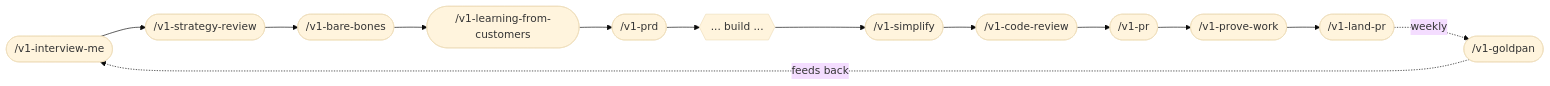
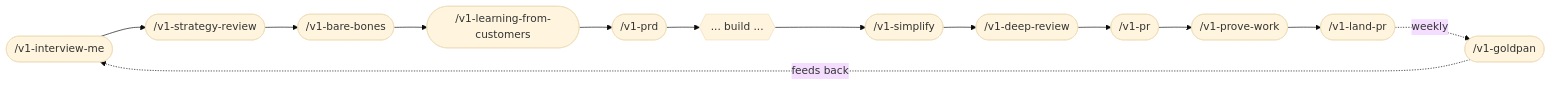
One commit to v1-io/v1tamins changed the second of 6 diagrams in README.md. Above: the diagram before and after it, drawn with Mermaid (base theme). The commit also changed other lines of this file and 15 other files, not shown here.

First line of the commit message:
Fold v1-code-review into v1-deep-review as the single review skill

````diff
--- a/README.md
+++ b/README.md
@@ -290,26 +288,26 @@
 ```mermaid
 flowchart LR
   A([/v1-interview-me]) --> B([/v1-strategy-review])
   B --> C([/v1-bare-bones])
   C --> D([/v1-learning-from-customers])
   D --> E([/v1-prd])
   E --> F{{... build ...}}
   F --> G([/v1-simplify])
-  G --> H([/v1-code-review])
+  G --> H([/v1-deep-review])
   H --> I([/v1-pr])
   I --> J([/v1-prove-work])
   J --> K([/v1-land-pr])
   K -.weekly.-> L([/v1-goldpan])
   L -.feeds back.-> A
   click A href "./plugins/v1tamins/skills/v1-interview-me/SKILL.md"
   click B href "./plugins/v1tamins/skills/v1-strategy-review/SKILL.md"
   click C href "./plugins/v1tamins/skills/v1-bare-bones/SKILL.md"
   click D href "./plugins/v1tamins/skills/v1-learning-from-customers/SKILL.md"
   click E href "./plugins/v1tamins/skills/v1-prd/SKILL.md"
   click G href "./plugins/v1tamins/skills/v1-simplify/SKILL.md"
-  click H href "./plugins/v1tamins/skills/v1-code-review/SKILL.md"
+  click H href "./plugins/v1tamins/skills/v1-deep-review/SKILL.md"
   click I href "./plugins/v1tamins/skills/v1-pr/SKILL.md"
   click J href "./plugins/v1tamins/skills/v1-prove-work/SKILL.md"
   click K href "./plugins/v1tamins/skills/v1-land-pr/SKILL.md"
   click L href "./plugins/v1tamins/skills/v1-goldpan/SKILL.md"
 ```
````
